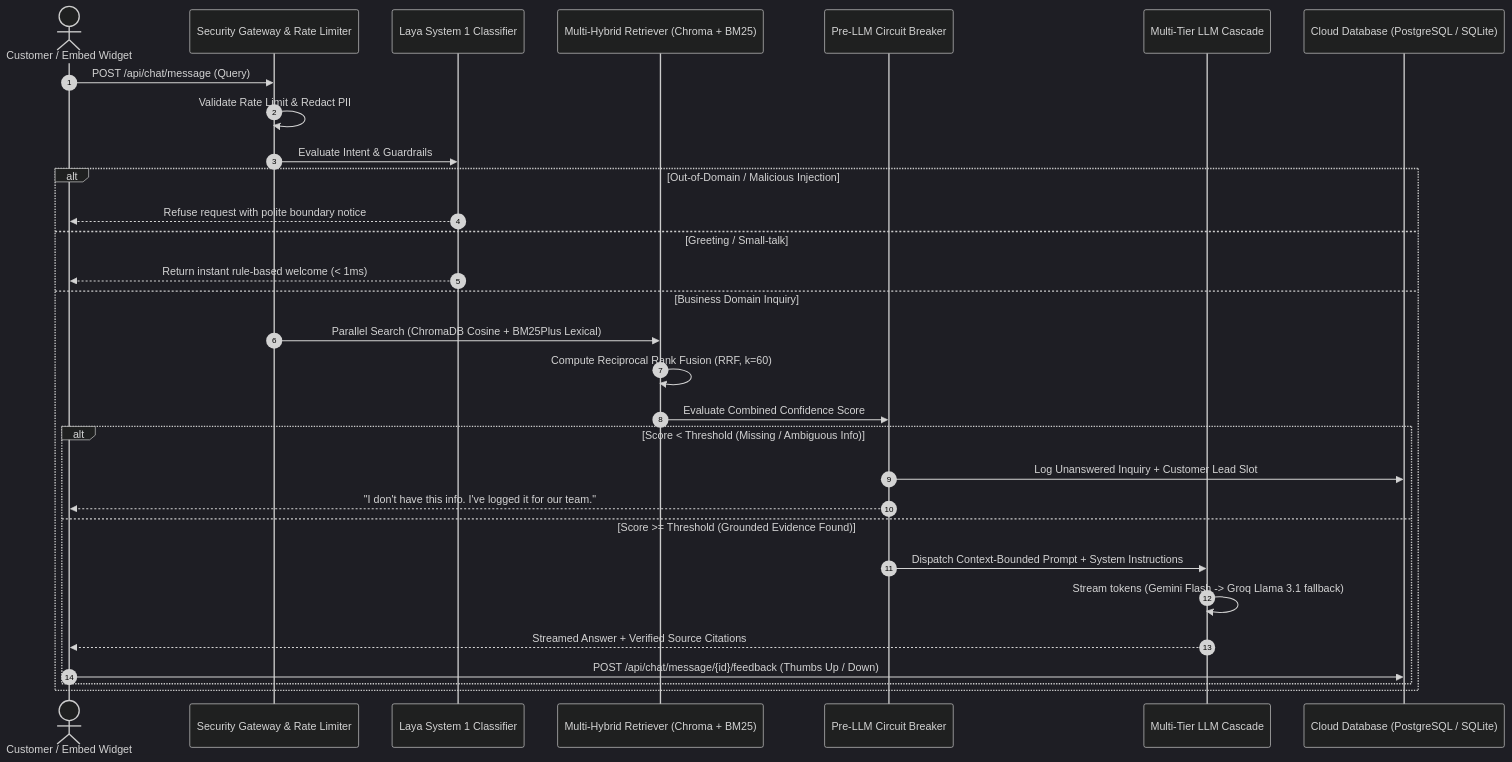
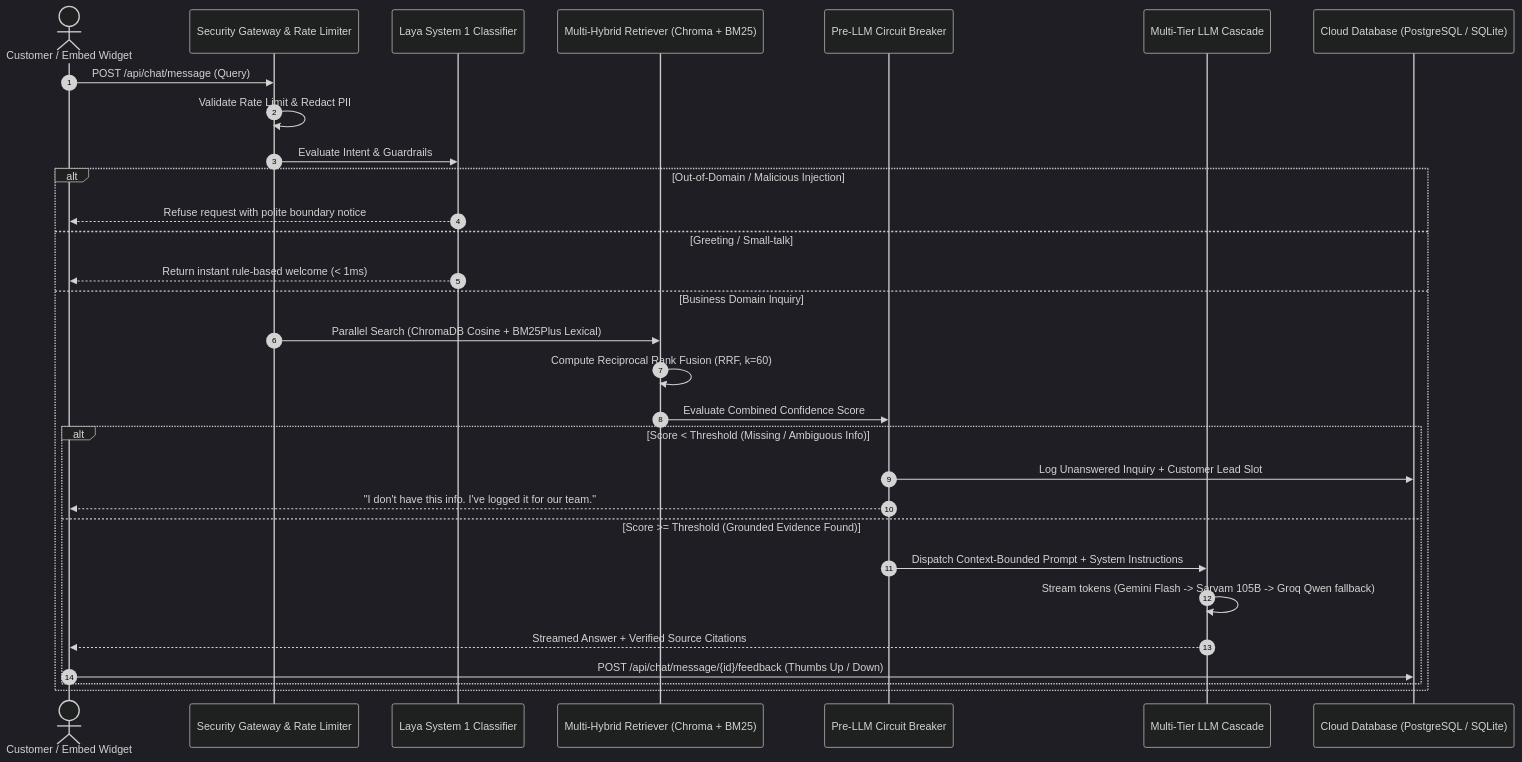
Before and after one commit to Nishant-aiml/Iveri---AI-customer-support-assistant-for-IDEVIFY: the third of 4 diagrams in README.md, drawn with Mermaid (dark theme). The commit also changed other lines of this file and 1 other file, not shown here.

Commit message:
docs(architecture): update multi-tier cascade order to Sarvam Tier 2 and Groq Qwen Freemium

````diff
--- a/README.md
+++ b/README.md
@@ -130,33 +131,33 @@
 ```mermaid
 sequenceDiagram
     autonumber
     actor Customer as Customer / Embed Widget
     participant Gateway as Security Gateway & Rate Limiter
     participant Laya as Laya System 1 Classifier
     participant RAG as Multi-Hybrid Retriever (Chroma + BM25)
     participant Circuit as Pre-LLM Circuit Breaker
     participant LLM as Multi-Tier LLM Cascade
     participant DB as Cloud Database (PostgreSQL / SQLite)
 
     Customer->>Gateway: POST /api/chat/message (Query)
     Gateway->>Gateway: Validate Rate Limit & Redact PII
     Gateway->>Laya: Evaluate Intent & Guardrails
     alt Out-of-Domain / Malicious Injection
         Laya-->>Customer: Refuse request with polite boundary notice
     else Greeting / Small-talk
         Laya-->>Customer: Return instant rule-based welcome (< 1ms)
     else Business Domain Inquiry
         Gateway->>RAG: Parallel Search (ChromaDB Cosine + BM25Plus Lexical)
         RAG->>RAG: Compute Reciprocal Rank Fusion (RRF, k=60)
         RAG->>Circuit: Evaluate Combined Confidence Score
         alt Score < Threshold (Missing / Ambiguous Info)
             Circuit->>DB: Log Unanswered Inquiry + Customer Lead Slot
             Circuit-->>Customer: "I don't have this info. I've logged it for our team."
         else Score >= Threshold (Grounded Evidence Found)
             Circuit->>LLM: Dispatch Context-Bounded Prompt + System Instructions
-            LLM->>LLM: Stream tokens (Gemini Flash -> Groq Llama 3.1 fallback)
+            LLM->>LLM: Stream tokens (Gemini Flash -> Sarvam 105B -> Groq Qwen fallback)
             LLM-->>Customer: Streamed Answer + Verified Source Citations
             Customer->>DB: POST /api/chat/message/{id}/feedback (Thumbs Up / Down)
         end
     end
 ```
````
